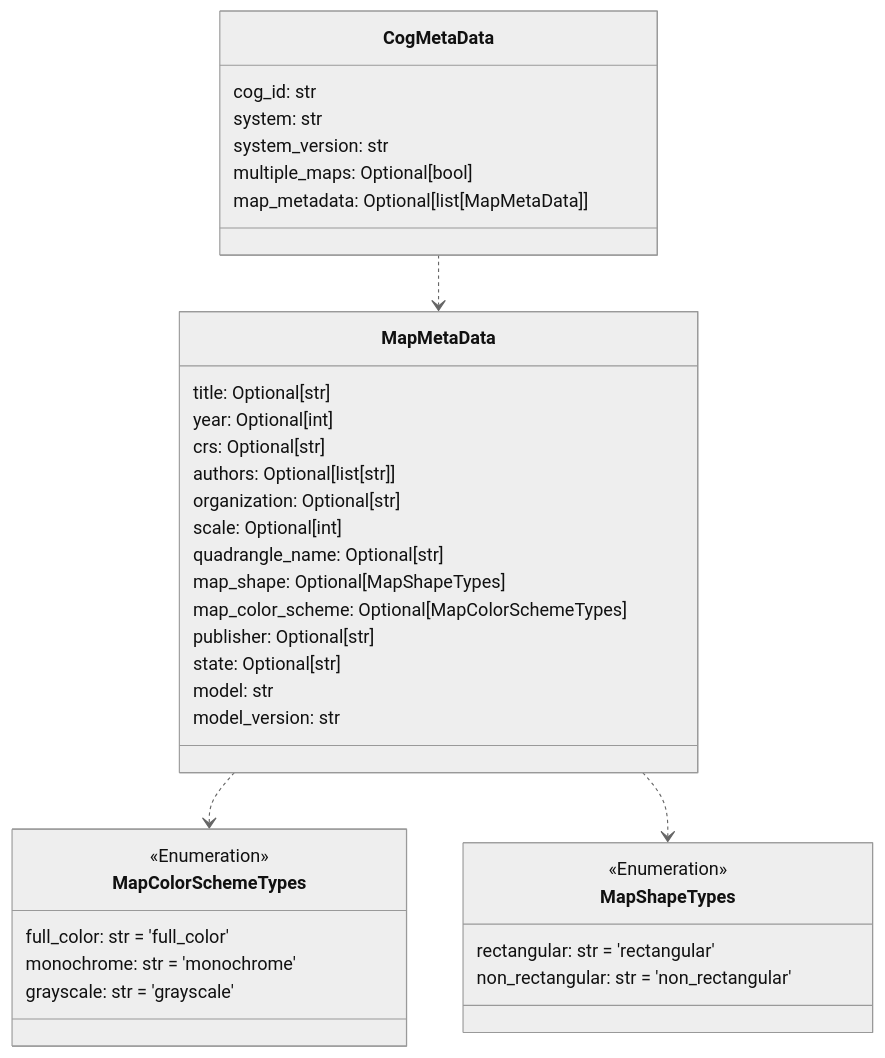
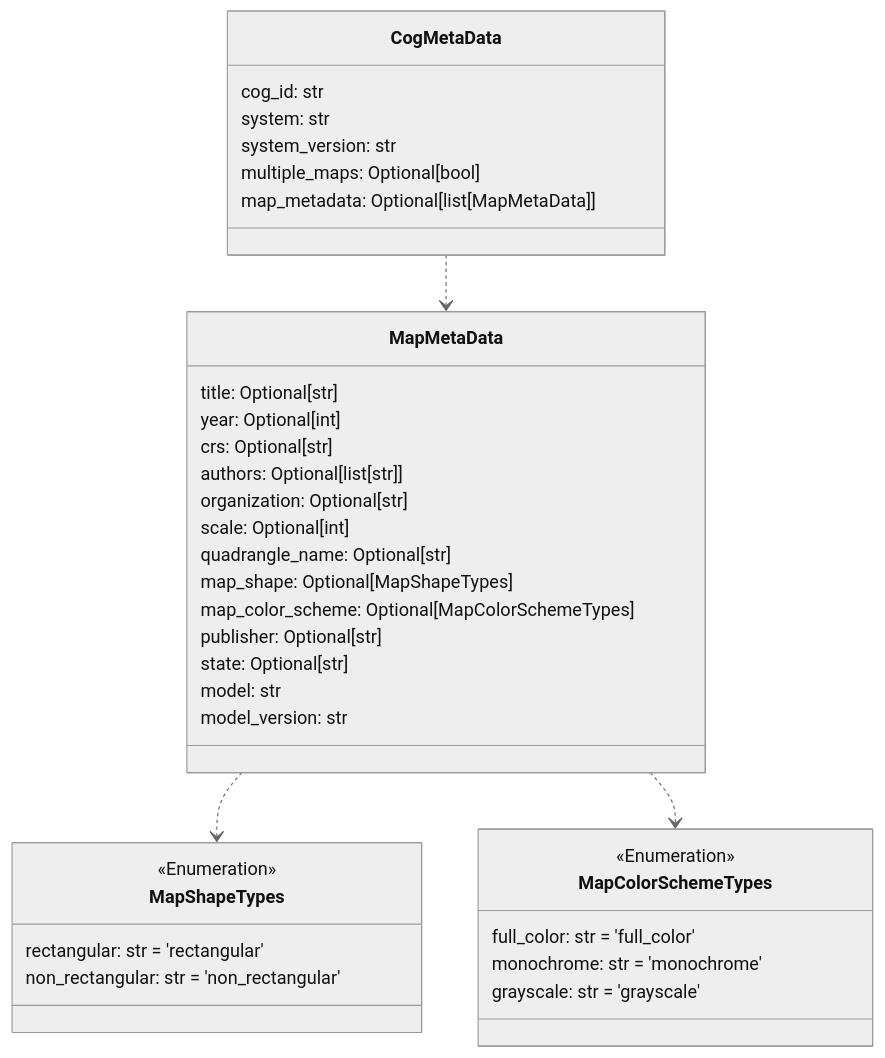
Before and after one commit to DARPA-CRITICALMAAS/cdr_schemas: the third of 12 diagrams in README.md, drawn with Mermaid (neutral theme). The commit also changed other lines of this file and 2 other files, not shown here.

````diff
--- a/README.md
+++ b/README.md
@@ -181,46 +181,46 @@
 ```mermaid
 classDiagram
+
+    class CogMetaData {
+        cog_id: str
+        system: str
+        system_version: str
+        multiple_maps: Optional[bool]
+        map_metadata: Optional[list[MapMetaData]]
+    }
+
+    class MapShapeTypes {
+        <<Enumeration>>
+        rectangular: str = 'rectangular'
+        non_rectangular: str = 'non_rectangular'
+    }
+
+    class MapColorSchemeTypes {
+        <<Enumeration>>
+        full_color: str = 'full_color'
+        monochrome: str = 'monochrome'
+        grayscale: str = 'grayscale'
+    }
 
     class MapMetaData {
         title: Optional[str]
         year: Optional[int]
         crs: Optional[str]
         authors: Optional[list[str]]
         organization: Optional[str]
         scale: Optional[int]
         quadrangle_name: Optional[str]
         map_shape: Optional[MapShapeTypes]
         map_color_scheme: Optional[MapColorSchemeTypes]
         publisher: Optional[str]
         state: Optional[str]
         model: str
         model_version: str
     }
 
-    class CogMetaData {
-        cog_id: str
-        system: str
-        system_version: str
-        multiple_maps: Optional[bool]
-        map_metadata: Optional[list[MapMetaData]]
-    }
-
-    class MapColorSchemeTypes {
-        <<Enumeration>>
-        full_color: str = 'full_color'
-        monochrome: str = 'monochrome'
-        grayscale: str = 'grayscale'
-    }
-
-    class MapShapeTypes {
-        <<Enumeration>>
-        rectangular: str = 'rectangular'
-        non_rectangular: str = 'non_rectangular'
-    }
-
+    MapMetaData ..> MapShapeTypes
     MapMetaData ..> MapColorSchemeTypes
-    MapMetaData ..> MapShapeTypes
     CogMetaData ..> MapMetaData
 
 
 ```
````
